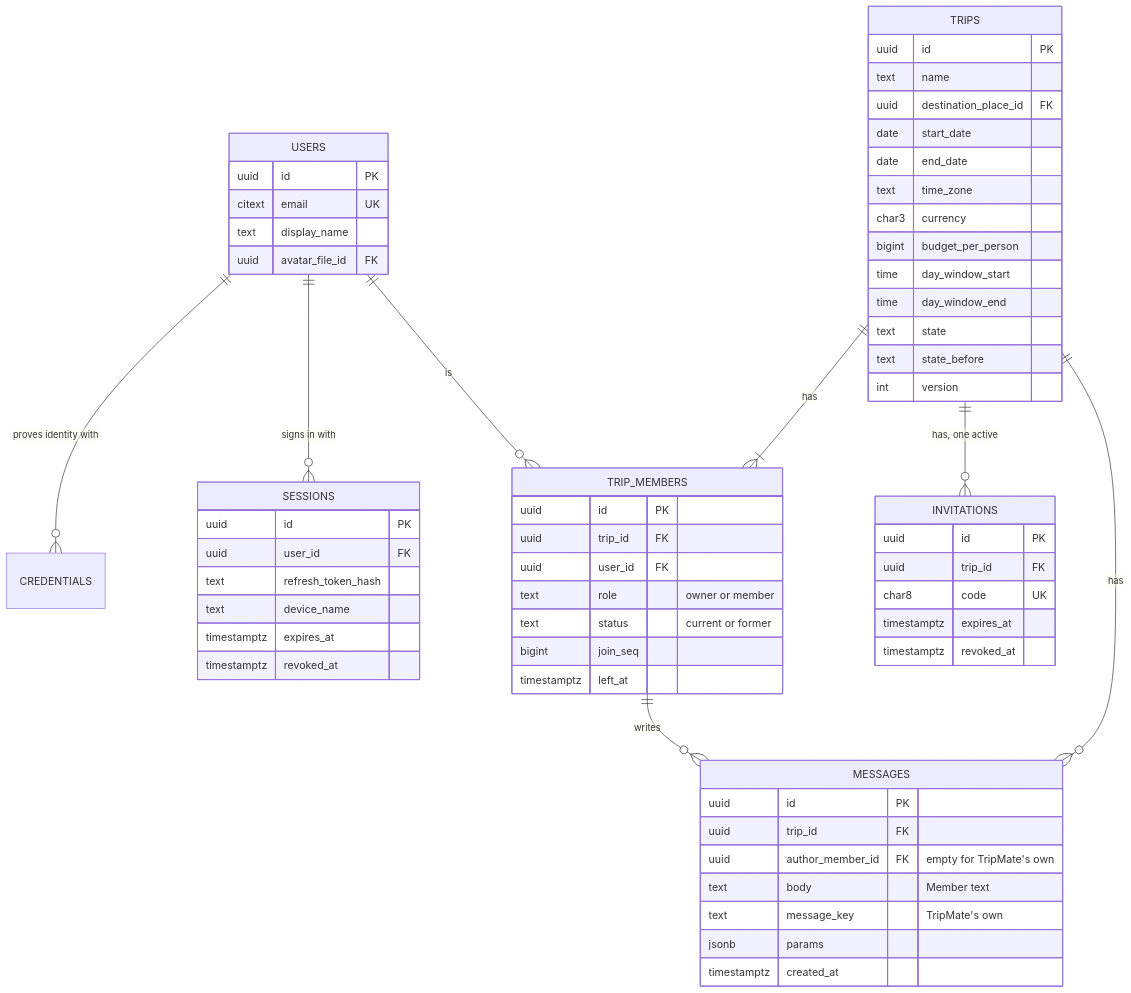
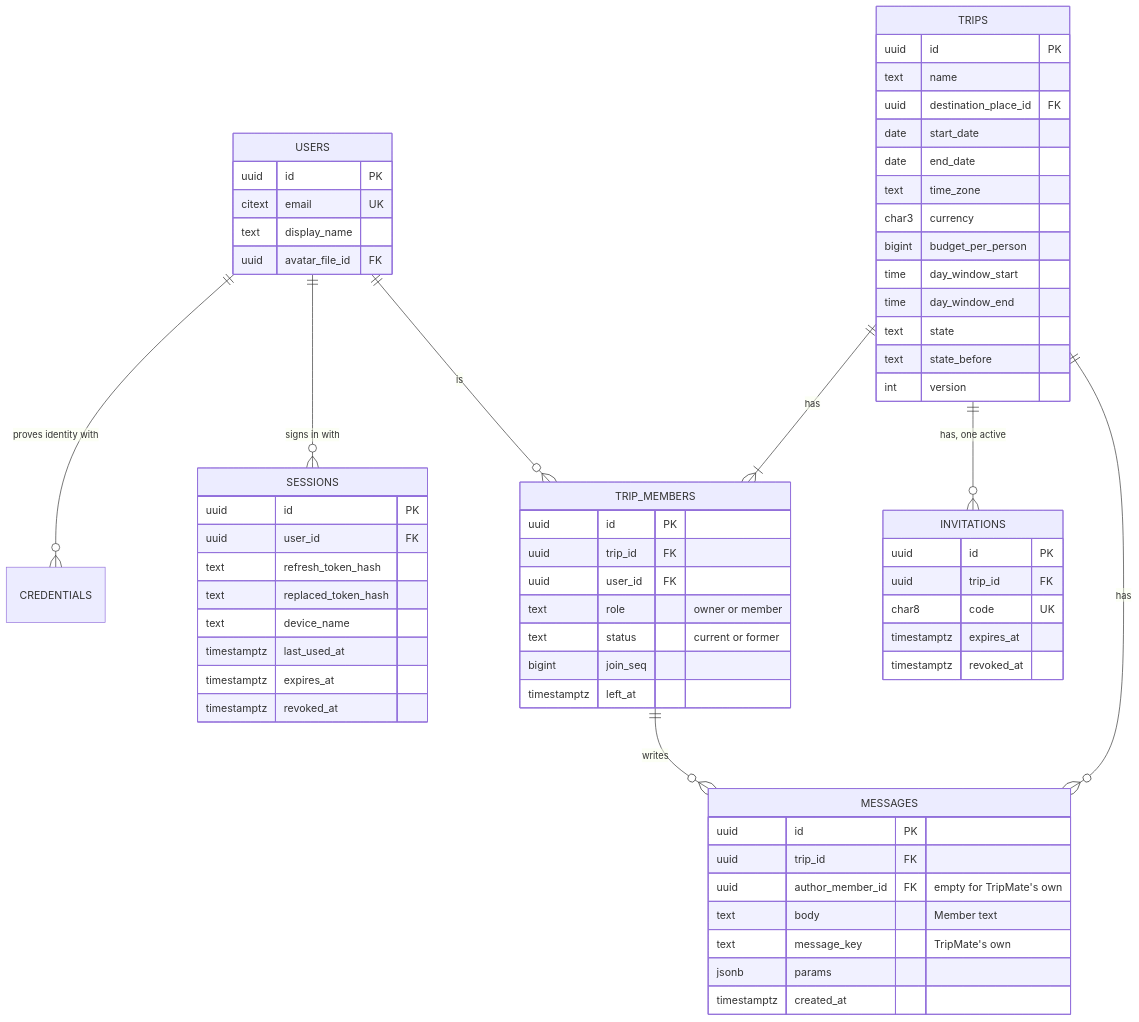
Before and after one commit to huynguyennang-agilityio/tripmate-docs: the first of 4 diagrams in docs/data-model.md, drawn with Mermaid. The commit also changed other lines of this file and 5 other files, not shown here.

First line of the commit message:
EPIC-01 spec v1.0; api-design v1.4, data-model v1.5, development-flow v1.2

````diff
--- a/docs/data-model.md
+++ b/docs/data-model.md
@@ -64,65 +64,67 @@
 ```mermaid
 erDiagram
     USERS ||--o{ CREDENTIALS : "proves identity with"
     USERS ||--o{ SESSIONS : "signs in with"
     USERS ||--o{ TRIP_MEMBERS : "is"
     TRIPS ||--|{ TRIP_MEMBERS : "has"
     TRIPS ||--o{ INVITATIONS : "has, one active"
     TRIPS ||--o{ MESSAGES : "has"
     TRIP_MEMBERS ||--o{ MESSAGES : "writes"
 
     USERS {
         uuid id PK
         citext email UK
         text display_name
         uuid avatar_file_id FK
     }
     SESSIONS {
         uuid id PK
         uuid user_id FK
         text refresh_token_hash
+        text replaced_token_hash
         text device_name
+        timestamptz last_used_at
         timestamptz expires_at
         timestamptz revoked_at
     }
     TRIPS {
         uuid id PK
         text name
         uuid destination_place_id FK
         date start_date
         date end_date
         text time_zone
         char3 currency
         bigint budget_per_person
         time day_window_start
         time day_window_end
         text state
         text state_before
         int version
     }
     TRIP_MEMBERS {
         uuid id PK
         uuid trip_id FK
         uuid user_id FK
         text role "owner or member"
         text status "current or former"
         bigint join_seq
         timestamptz left_at
     }
     INVITATIONS {
         uuid id PK
         uuid trip_id FK
         char8 code UK
         timestamptz expires_at
         timestamptz revoked_at
     }
     MESSAGES {
         uuid id PK
         uuid trip_id FK
         uuid author_member_id FK "empty for TripMate's own"
         text body "Member text"
         text message_key "TripMate's own"
         jsonb params
         timestamptz created_at
     }
 ```
````
